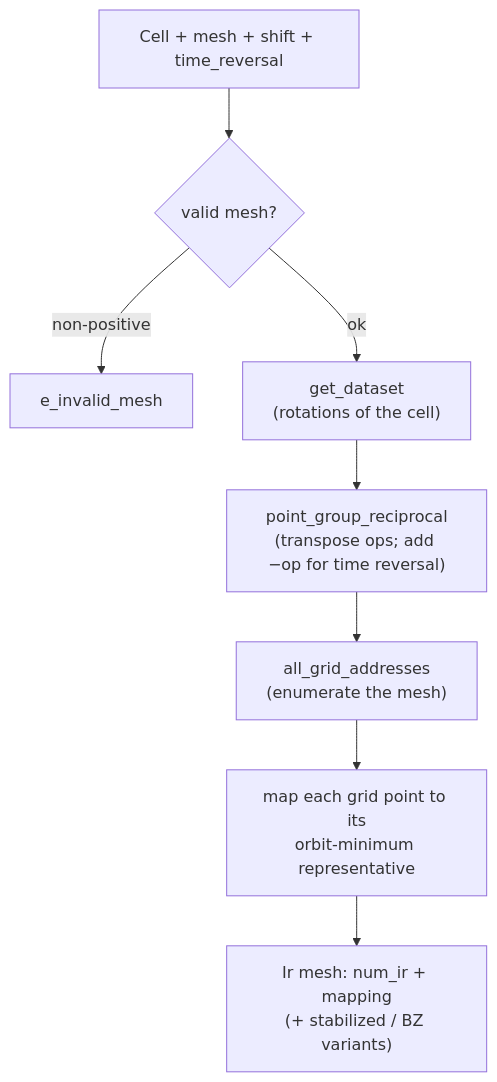
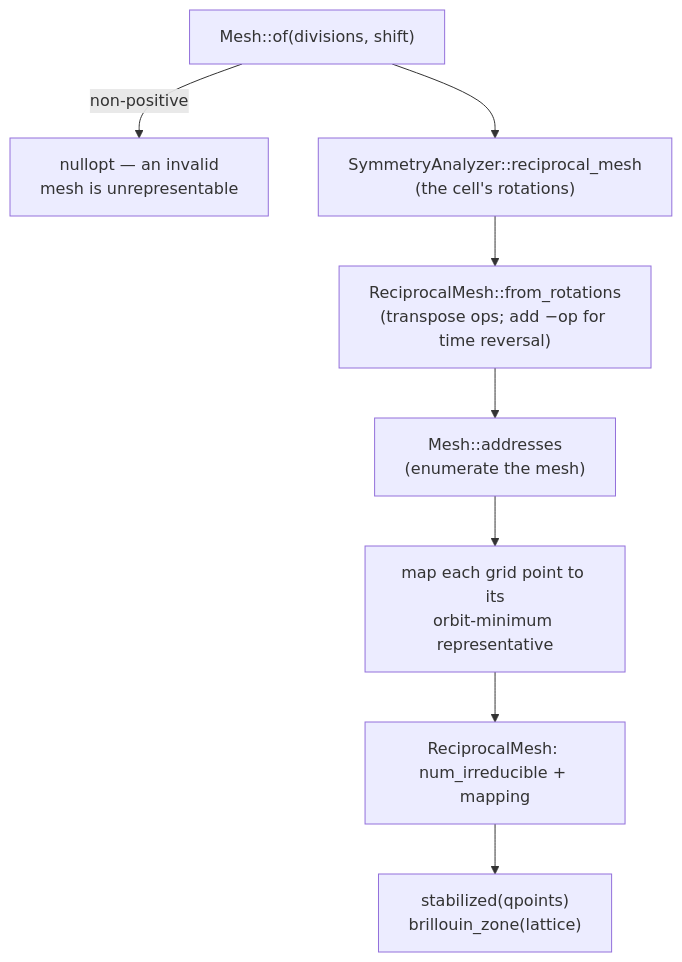
The sixth of 7 diagrams in docs/WORKFLOW.md (reach2sayan/Seitz), drawn with Mermaid before and after one commit. The commit also changed other lines of this file and 39 other files, not shown here.

````diff
--- a/docs/WORKFLOW.md
+++ b/docs/WORKFLOW.md
@@ -108,10 +124,10 @@
 ```mermaid
 flowchart TD
-    A["Cell + mesh + shift + time_reversal"] --> V{"valid mesh?"}
-    V -->|non-positive| Err["e_invalid_mesh"]
-    V -->|ok| B["get_dataset<br/>(rotations of the cell)"]
-    B --> C["point_group_reciprocal<br/>(transpose ops; add −op for time reversal)"]
-    C --> D["all_grid_addresses<br/>(enumerate the mesh)"]
+    A["Mesh::of(divisions, shift)"] -->|non-positive| Err["nullopt — an invalid<br/>mesh is unrepresentable"]
+    A --> B["SymmetryAnalyzer::reciprocal_mesh<br/>(the cell's rotations)"]
+    B --> C["ReciprocalMesh::from_rotations<br/>(transpose ops; add −op for time reversal)"]
+    C --> D["Mesh::addresses<br/>(enumerate the mesh)"]
     D --> E["map each grid point to its<br/>orbit-minimum representative"]
-    E --> F["Ir mesh: num_ir + mapping<br/>(+ stabilized / BZ variants)"]
+    E --> F["ReciprocalMesh: num_irreducible + mapping"]
+    F --> G["stabilized(qpoints)<br/>brillouin_zone(lattice)"]
 ```
````
